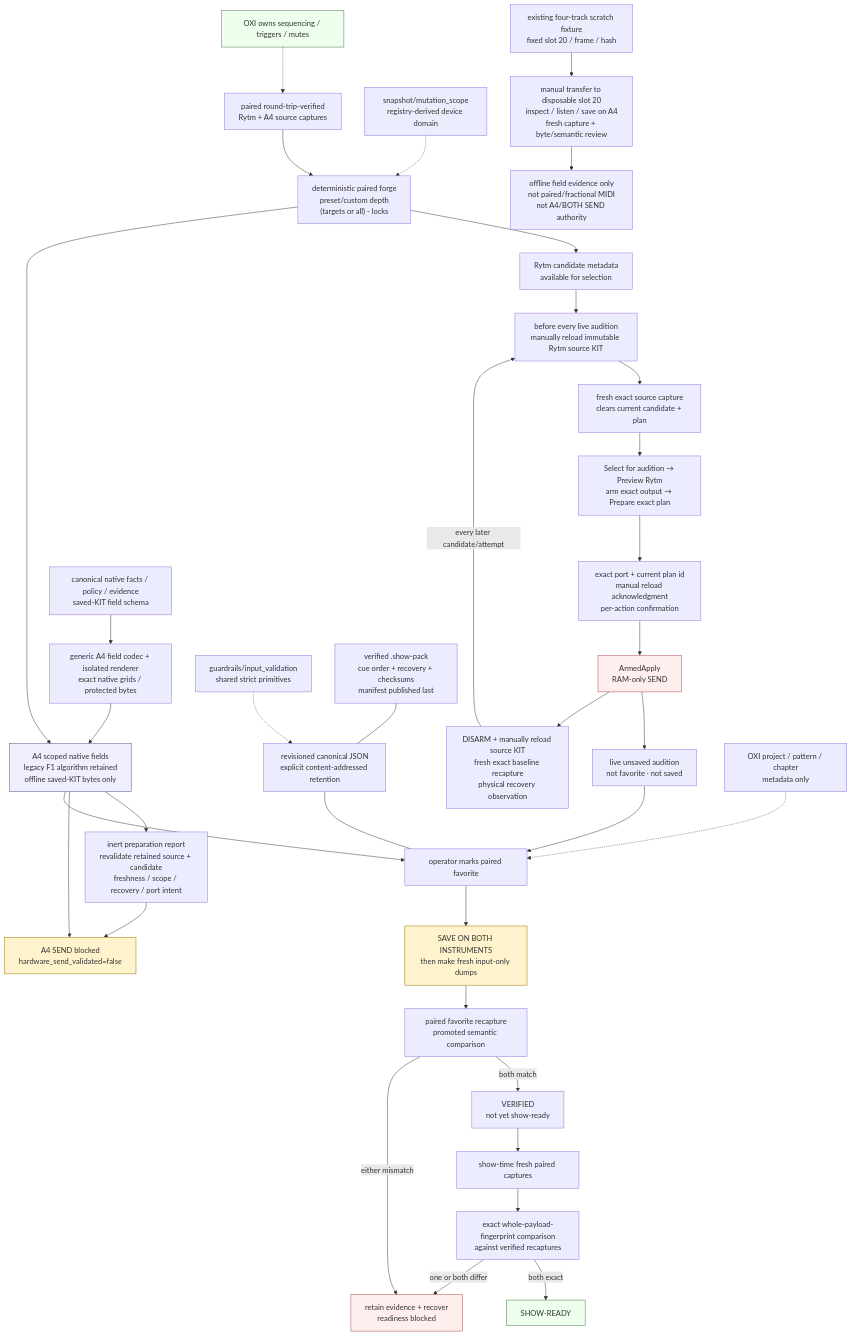
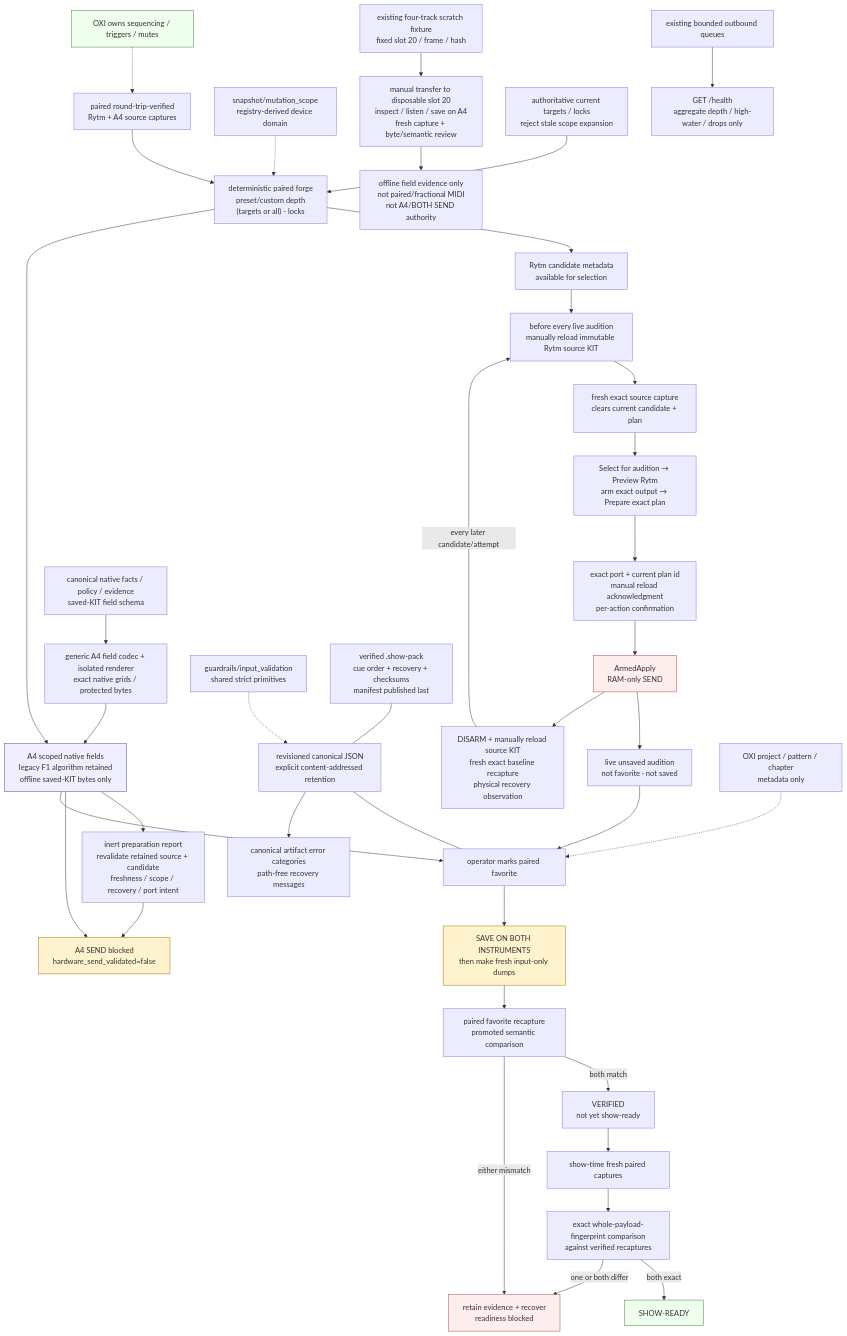
Before and after one commit to buzzijose-hub/RytmRandomizer: diagram 36 of 38 in docs/ARCHITECTURE_DIAGRAMS.md, drawn with Mermaid. The commit also changed 24 other files, not shown here.

````diff
--- a/docs/ARCHITECTURE_DIAGRAMS.md
+++ b/docs/ARCHITECTURE_DIAGRAMS.md
@@ -3258,50 +3258,53 @@
 ```mermaid
 flowchart TD
     Pair["paired round-trip-verified<br/>Rytm + A4 source captures"] --> Forge["deterministic paired forge<br/>preset/custom depth<br/>(targets or all) - locks"]
 
     Forge --> RytmCandidate["Rytm candidate metadata<br/>available for selection"]
     RytmCandidate --> SourceReload["before every live audition<br/>manually reload immutable Rytm source KIT"]
     SourceReload --> SourceCapture["fresh exact source capture<br/>clears current candidate + plan"]
     SourceCapture --> Reselect["Select for audition → Preview Rytm<br/>arm exact output → Prepare exact plan"]
     Reselect --> ExactConfirm["exact port + current plan id<br/>manual reload acknowledgment<br/>per-action confirmation"]
     ExactConfirm --> ArmedApply["ArmedApply<br/>RAM-only SEND"]
     ArmedApply --> LiveUnsaved["live unsaved audition<br/>not favorite · not saved"]
     ArmedApply --> ManualRestore["DISARM + manually reload source KIT<br/>fresh exact baseline recapture<br/>physical recovery observation"]
     ManualRestore -->|"every later candidate/attempt"| SourceReload
 
     Forge --> A4Candidate["A4 scoped native fields<br/>legacy F1 algorithm retained<br/>offline saved-KIT bytes only"]
     Calibration["canonical native facts / policy / evidence<br/>saved-KIT field schema"] --> FieldCodec["generic A4 field codec + isolated renderer<br/>exact native grids / protected bytes"]
     FieldCodec --> A4Candidate
     Validation["guardrails/input_validation<br/>shared strict primitives"] -.-> Store
     Domains["snapshot/mutation_scope<br/>registry-derived device domain"] -.-> Forge
     A4Candidate --> A4Preparation["inert preparation report<br/>revalidate retained source + candidate<br/>freshness / scope / recovery / port intent"]
     A4Preparation --> NoA4Send
     A4Candidate --> NoA4Send["A4 SEND blocked<br/>hardware_send_validated=false"]
     ExistingScratch["existing four-track scratch fixture<br/>fixed slot 20 / frame / hash"] --> ScratchReturn["manual transfer to disposable slot 20<br/>inspect / listen / save on A4<br/>fresh capture + byte/semantic review"]
     ScratchReturn --> OfflineEvidence["offline field evidence only<br/>not paired/fractional MIDI<br/>not A4/BOTH SEND authority"]
 
     LiveUnsaved --> Favorite["operator marks paired favorite"]
     A4Candidate --> Favorite
     Favorite --> ManualSave["SAVE ON BOTH INSTRUMENTS<br/>then make fresh input-only dumps"]
     ManualSave --> SemanticVerify["paired favorite recapture<br/>promoted semantic comparison"]
     SemanticVerify -->|"both match"| Verified["VERIFIED<br/>not yet show-ready"]
     SemanticVerify -->|"either mismatch"| Recover["retain evidence + recover<br/>readiness blocked"]
 
     Verified --> FreshCapture["show-time fresh paired captures"]
     FreshCapture --> FullFingerprint["exact whole-payload-fingerprint comparison<br/>against verified recaptures"]
     FullFingerprint -->|"both exact"| ShowReady["SHOW-READY"]
     FullFingerprint -->|"one or both differ"| Recover
 
     Metadata["OXI project / pattern / chapter<br/>metadata only"] -.-> Favorite
     OXI["OXI owns sequencing / triggers / mutes"] -.-> Pair
     Store["revisioned canonical JSON<br/>explicit content-addressed retention"] --- Favorite
     Pack["verified .show-pack<br/>cue order + recovery + checksums<br/>manifest published last"] --- Store
+    Store --> ArtifactErrors["canonical artifact error categories<br/>path-free recovery messages"]
+    ScopeGuard["authoritative current targets / locks<br/>reject stale scope expansion"] --> Forge
+    Queue["existing bounded outbound queues"] --> Health["GET /health<br/>aggregate depth / high-water / drops only"]
 
     style ArmedApply fill:#fee,stroke:#a44
     style A4Candidate fill:#eef,stroke:#448
     style NoA4Send fill:#fff3cd,stroke:#997000
     style ManualSave fill:#fff3cd,stroke:#997000
     style ShowReady fill:#efe,stroke:#474
     style Recover fill:#fee,stroke:#a44
     style OXI fill:#efe,stroke:#474
 ```
````
